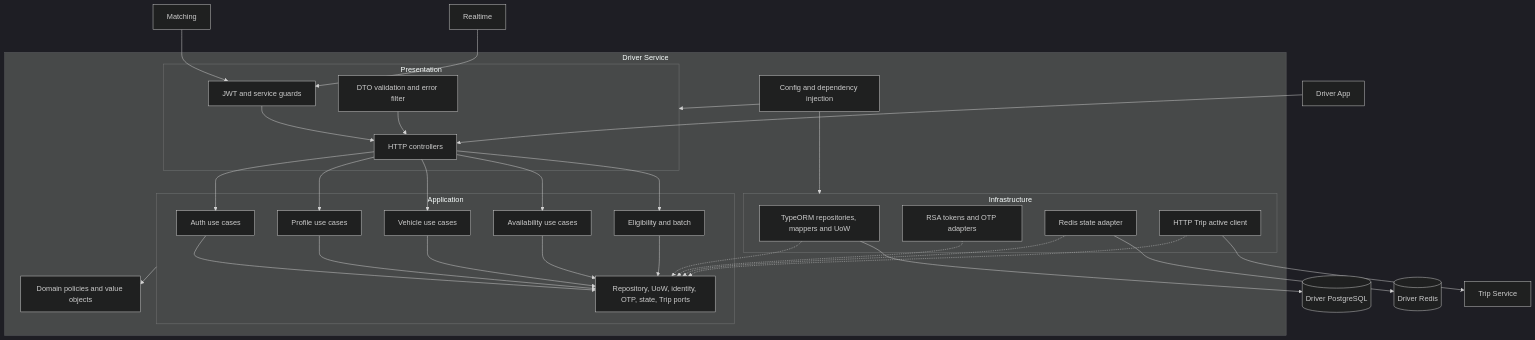
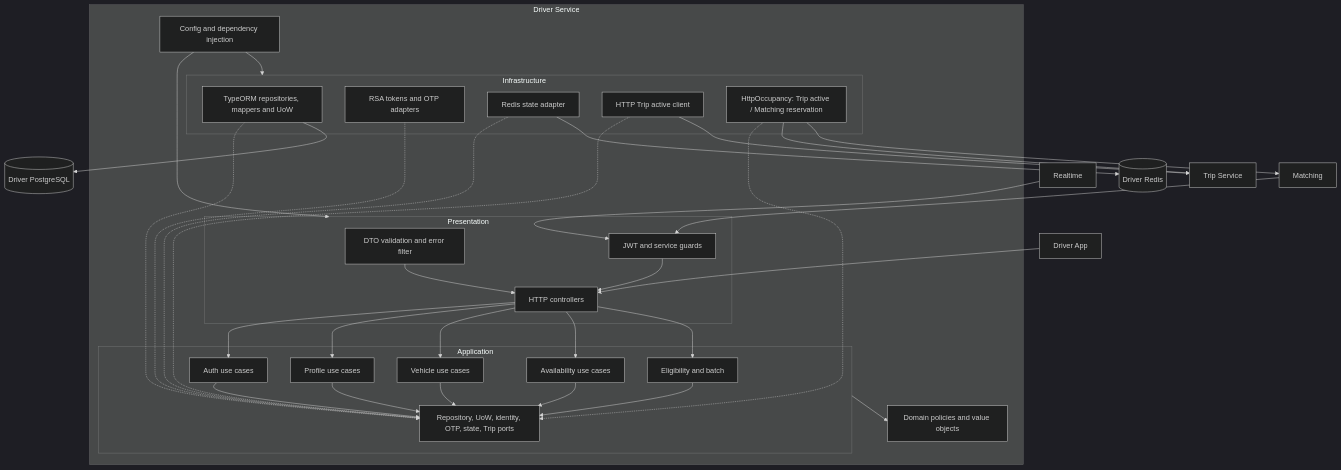
The first of 2 diagrams in service/driver-service/docs/kien-truc.md (fukdinh136/chande), drawn with Mermaid (dark theme) before and after one commit. The commit also changed other lines of this file and 56 other files, not shown here.

````diff
--- a/service/driver-service/docs/kien-truc.md
+++ b/service/driver-service/docs/kien-truc.md
@@ -13,57 +19,61 @@
 ```mermaid
 flowchart TB
   App["Driver App"]
   Matching["Matching"]
   Realtime["Realtime"]
   subgraph Driver["Driver Service"]
     subgraph Presentation["Presentation"]
       Controllers["HTTP controllers"]
       Guards["JWT and service guards"]
       DTO["DTO validation and error filter"]
     end
     subgraph Application["Application"]
       Auth["Auth use cases"]
       Profile["Profile use cases"]
       Vehicle["Vehicle use cases"]
       Availability["Availability use cases"]
       Eligibility["Eligibility and batch"]
       Ports["Repository, UoW, identity, OTP, state, Trip ports"]
     end
     Domain["Domain policies and value objects"]
     subgraph Infrastructure["Infrastructure"]
       Persistence["TypeORM repositories, mappers and UoW"]
       RSA["RSA tokens and OTP adapters"]
       RedisAdapter["Redis state adapter"]
       TripClient["HTTP Trip active client"]
+      Occupancy["HttpOccupancy: Trip active / Matching reservation"]
     end
     Bootstrap["Config and dependency injection"]
   end
   PG[("Driver PostgreSQL")]
   Cache[("Driver Redis")]
   Trip["Trip Service"]
   App --> Controllers
   Matching --> Guards
   Realtime --> Guards
   Guards --> Controllers
   DTO --> Controllers
   Controllers --> Auth
   Controllers --> Profile
   Controllers --> Vehicle
   Controllers --> Availability
   Controllers --> Eligibility
   Auth --> Ports
   Profile --> Ports
   Vehicle --> Ports
   Availability --> Ports
   Eligibility --> Ports
   Application --> Domain
   Persistence -.-> Ports
   RSA -.-> Ports
   RedisAdapter -.-> Ports
   TripClient -.-> Ports
+  Occupancy -.-> Ports
   Persistence --> PG
   RedisAdapter --> Cache
   TripClient --> Trip
+  Occupancy --> Trip
+  Occupancy --> Matching
   Bootstrap --> Presentation
   Bootstrap --> Infrastructure
 ```
````
